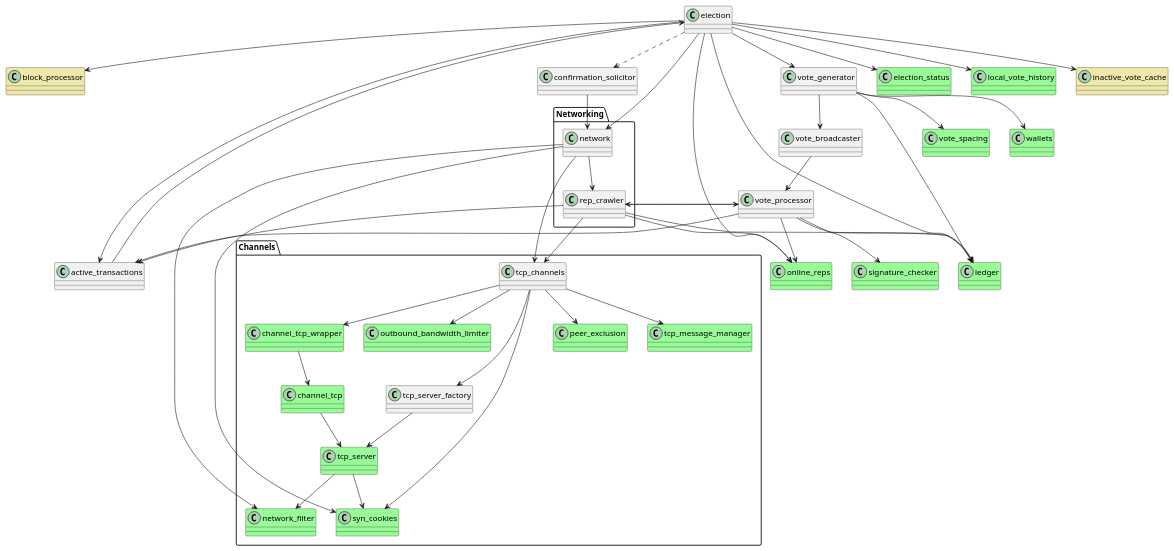
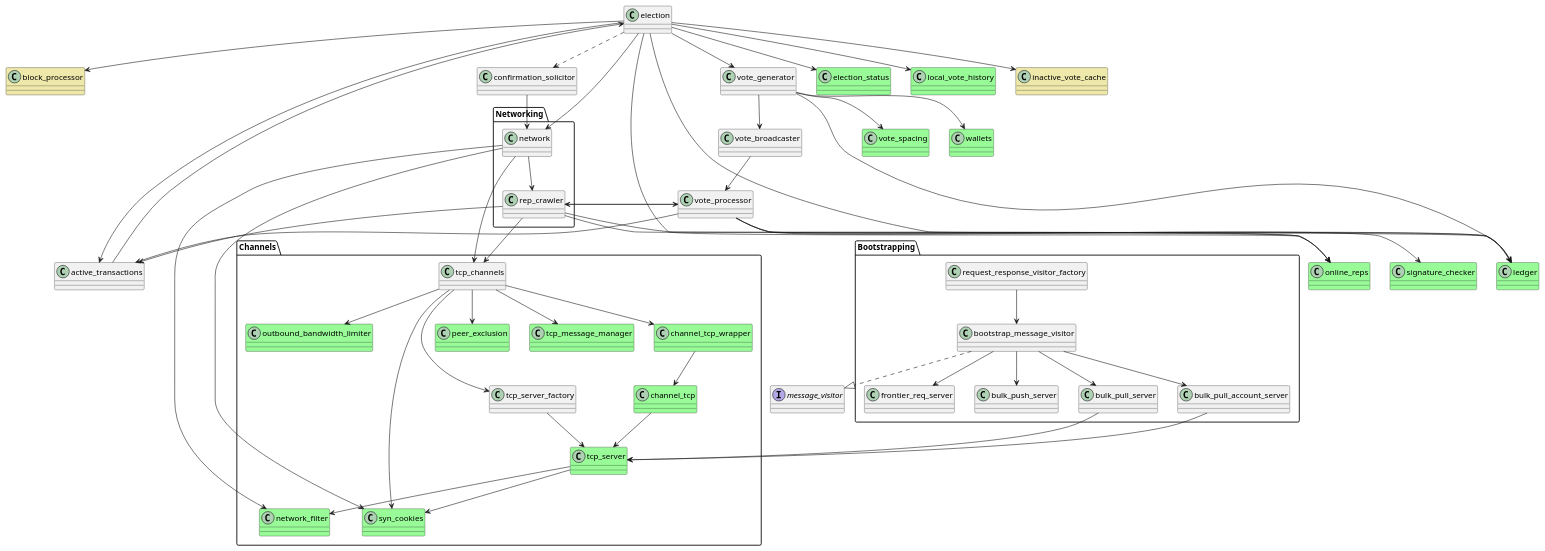
One commit to stjet/rsban-node changed the diagram in rust/doc/port_blockprocessor.puml. Above: the diagram before and after it, drawn with PlantUML. The commit also changed 7 other files, not shown here.

Commit message:
Start porting bulk_pull_server

```diff
--- a/rust/doc/port_blockprocessor.puml
+++ b/rust/doc/port_blockprocessor.puml
@@ -1,87 +1,109 @@
 @startuml "Port Blockprocessor"
 class block_processor #PaleGoldenRod
 class active_transactions
 class election
 class confirmation_solicitor
 class election_status #PaleGreen
 class online_reps #PaleGreen
 class ledger #PaleGreen
 class vote_generator
 class vote_broadcaster
 class vote_processor
 class vote_spacing #PaleGreen
 class wallets #PaleGreen
 class local_vote_history #PaleGreen
 class inactive_vote_cache #PaleGoldenRod
 class signature_checker #PaleGreen
 
+interface message_visitor
+
 package "Networking"{
 class network
 class rep_crawler
 }
 
 package "Channels"{
 class peer_exclusion #PaleGreen
 class tcp_message_manager #PaleGreen
 class channel_tcp_wrapper #PaleGreen
 class channel_tcp #PaleGreen
 class outbound_bandwidth_limiter #PaleGreen
 class syn_cookies #PaleGreen
 class tcp_server #PaleGreen
 class tcp_channels
 class tcp_server_factory
 class network_filter #PaleGreen
+}
+
+package "Bootstrapping"{
+    class bulk_pull_server
+    class bulk_pull_account_server
+    class frontier_req_server
+    class bulk_push_server
+    class bootstrap_message_visitor
+    class request_response_visitor_factory
 }
 
 active_transactions --> election
 confirmation_solicitor --> network
 
 election --> active_transactions
 election --> election_status
 election --> online_reps
 election --> ledger
 election --> block_processor
 election --> vote_generator
 election --> network
 election --> local_vote_history
 election --> inactive_vote_cache
 election ..> confirmation_solicitor
 
 vote_generator --> vote_broadcaster
 vote_broadcaster --> vote_processor
 vote_generator --> vote_spacing
 vote_generator --> ledger
 vote_generator --> wallets
 
 vote_processor --> signature_checker
 vote_processor --> active_transactions
 vote_processor --> online_reps
 vote_processor --> rep_crawler 
 vote_processor --> ledger
 
 rep_crawler --> tcp_channels
 rep_crawler --> online_reps
 rep_crawler --> ledger
 rep_crawler --> active_transactions
 rep_crawler --> vote_processor
 
 network --> network_filter
 network --> tcp_channels
 network --> rep_crawler
 network --> syn_cookies
 
 tcp_channels --> tcp_server_factory
 tcp_channels --> outbound_bandwidth_limiter
 tcp_channels --> syn_cookies
 tcp_channels --> tcp_message_manager
 tcp_channels --> channel_tcp_wrapper
 tcp_channels --> peer_exclusion
 
 tcp_server_factory --> tcp_server
 tcp_server --> syn_cookies
 tcp_server --> network_filter
 
 channel_tcp_wrapper --> channel_tcp
 channel_tcp --> tcp_server
 
+bulk_pull_server --> tcp_server
+bulk_pull_account_server --> tcp_server
+
+bootstrap_message_visitor ..|> message_visitor
+bootstrap_message_visitor --> bulk_pull_account_server
+bootstrap_message_visitor --> bulk_pull_server
+bootstrap_message_visitor --> frontier_req_server
+bootstrap_message_visitor --> bulk_push_server
+
+request_response_visitor_factory --> bootstrap_message_visitor
+
 @enduml
```
